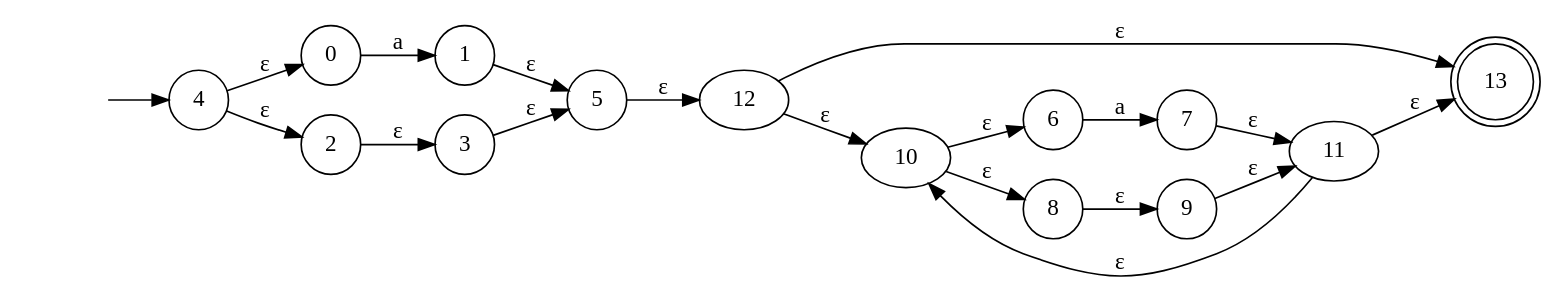
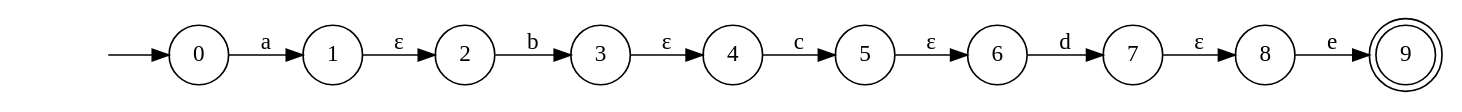
One commit to oscarparedez/compiler-project-1 changed the diagram in NFA.gv. Above: the diagram before and after it, drawn with Graphviz. The commit also changed 3 other files, not shown here.

```diff
--- a/NFA.gv
+++ b/NFA.gv
@@ -1,33 +1,24 @@
 digraph NFA {
 	graph [rankdir=LR]
 	"" [label="" shape=plaintext]
-	13 [label=13 shape=doublecircle]
-	0 [label=0 shape=circle]
+	9 [label=9 shape=doublecircle]
 	5 [label=5 shape=circle]
 	7 [label=7 shape=circle]
+	6 [label=6 shape=circle]
+	0 [label=0 shape=circle]
+	8 [label=8 shape=circle]
+	4 [label=4 shape=circle]
 	3 [label=3 shape=circle]
-	4 [label=4 shape=circle]
+	2 [label=2 shape=circle]
 	1 [label=1 shape=circle]
-	2 [label=2 shape=circle]
-	6 [label=6 shape=circle]
-	8 [label=8 shape=circle]
-	9 [label=9 shape=circle]
-	"" -> 4 [label=""]
-	5 -> 12 [label="ε"]
-	4 -> 2 [label="ε"]
-	4 -> 0 [label="ε"]
-	1 -> 5 [label="ε"]
-	3 -> 5 [label="ε"]
+	"" -> 0 [label=""]
+	7 -> 8 [label="ε"]
+	5 -> 6 [label="ε"]
+	3 -> 4 [label="ε"]
+	1 -> 2 [label="ε"]
 	0 -> 1 [label=a]
-	2 -> 3 [label="ε"]
-	12 -> 10 [label="ε"]
-	12 -> 13 [label="ε"]
-	11 -> 10 [label="ε"]
-	11 -> 13 [label="ε"]
-	10 -> 6 [label="ε"]
-	10 -> 8 [label="ε"]
-	7 -> 11 [label="ε"]
-	9 -> 11 [label="ε"]
-	6 -> 7 [label=a]
-	8 -> 9 [label="ε"]
+	2 -> 3 [label=b]
+	4 -> 5 [label=c]
+	6 -> 7 [label=d]
+	8 -> 9 [label=e]
 }
```
